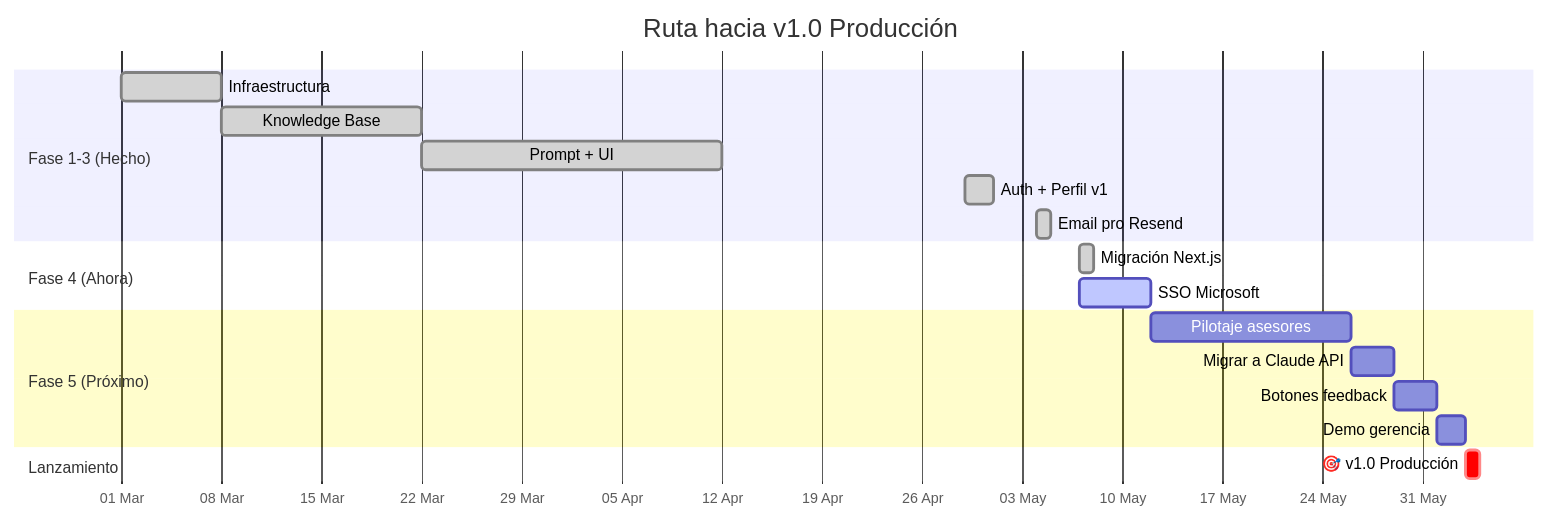
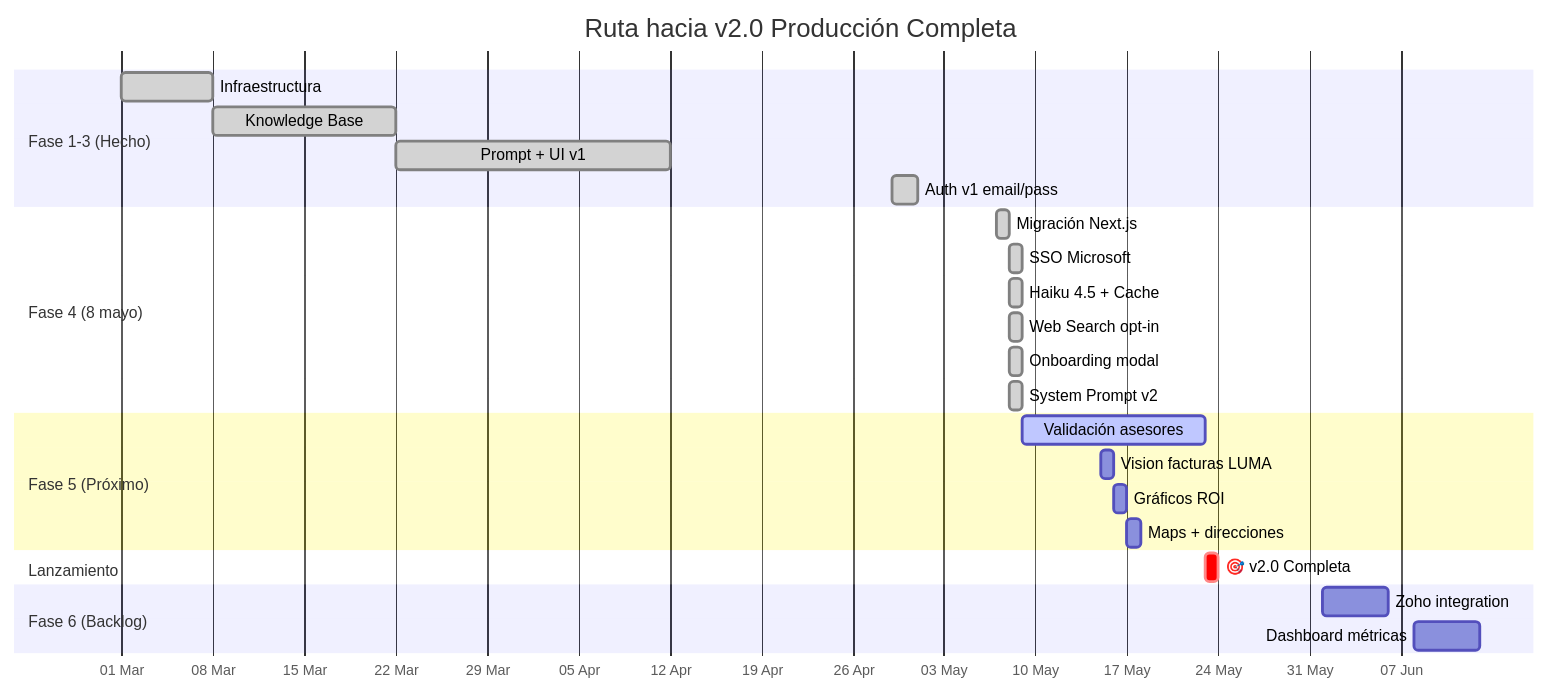
The eighth of 9 diagrams in ROADMAP.md (JnSbstnRivera/WINDMAR-AI-AGENT), drawn with Mermaid before and after one commit. The commit also changed other lines of this file, not shown here.

Commit message:
docs: actualizar ROADMAP con todos los cambios del 8 mayo (lanzamiento definitivo)

````diff
--- a/ROADMAP.md
+++ b/ROADMAP.md
@@ -294,26 +205,33 @@
 ```mermaid
 gantt
-    title Ruta hacia v1.0 Producción
+    title Ruta hacia v2.0 Producción Completa
     dateFormat YYYY-MM-DD
     axisFormat %d %b
 
     section Fase 1-3 (Hecho)
     Infraestructura      :done,    a1, 2026-03-01, 7d
     Knowledge Base       :done,    b1, 2026-03-08, 14d
-    Prompt + UI          :done,    c1, 2026-03-22, 21d
-    Auth + Perfil v1     :done,    h1, 2026-04-29, 2d
-    Email pro Resend     :done,    h2, 2026-05-04, 1d
+    Prompt + UI v1       :done,    c1, 2026-03-22, 21d
+    Auth v1 email/pass   :done,    h1, 2026-04-29, 2d
 
-    section Fase 4 (Ahora)
+    section Fase 4 (8 mayo)
     Migración Next.js    :done,    i1, 2026-05-07, 1d
-    SSO Microsoft        :active,  i3, 2026-05-07, 5d
+    SSO Microsoft        :done,    i3, 2026-05-08, 1d
+    Haiku 4.5 + Cache    :done,    j1, 2026-05-08, 1d
+    Web Search opt-in    :done,    j2, 2026-05-08, 1d
+    Onboarding modal     :done,    k1, 2026-05-08, 1d
+    System Prompt v2     :done,    c2, 2026-05-08, 1d
 
     section Fase 5 (Próximo)
-    Pilotaje asesores    :         e1, 2026-05-12, 14d
-    Migrar a Claude API  :         f1, 2026-05-26, 3d
-    Botones feedback     :         f2, 2026-05-29, 3d
-    Demo gerencia        :         f3, 2026-06-01, 2d
+    Validación asesores  :active,  e1, 2026-05-09, 14d
+    Vision facturas LUMA :         f1, 2026-05-15, 1d
+    Gráficos ROI         :         f2, 2026-05-16, 1d
+    Maps + direcciones   :         f3, 2026-05-17, 1d
 
     section Lanzamiento
-    🎯 v1.0 Producción   :crit,    v1, 2026-06-03, 1d
+    🎯 v2.0 Completa     :crit,    v1, 2026-05-23, 1d
+
+    section Fase 6 (Backlog)
+    Zoho integration     :         g1, 2026-06-01, 5d
+    Dashboard métricas   :         g2, 2026-06-08, 5d
 ```
````
